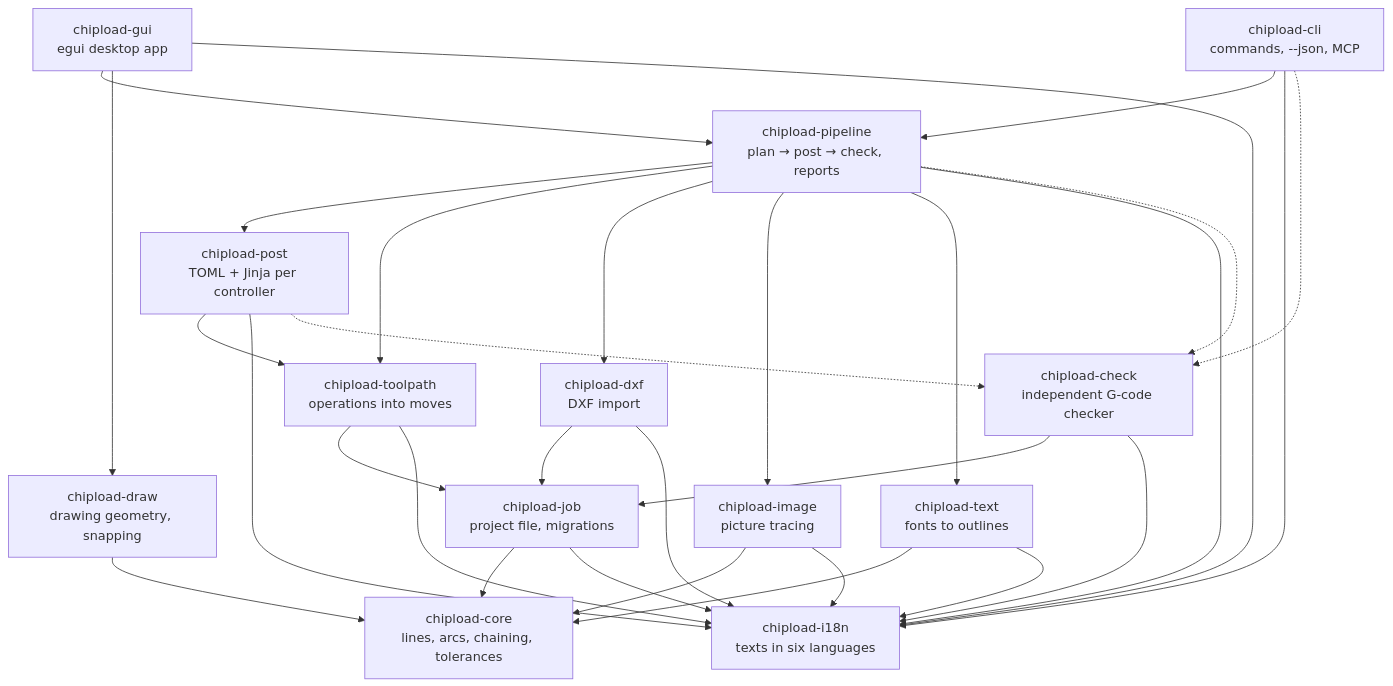
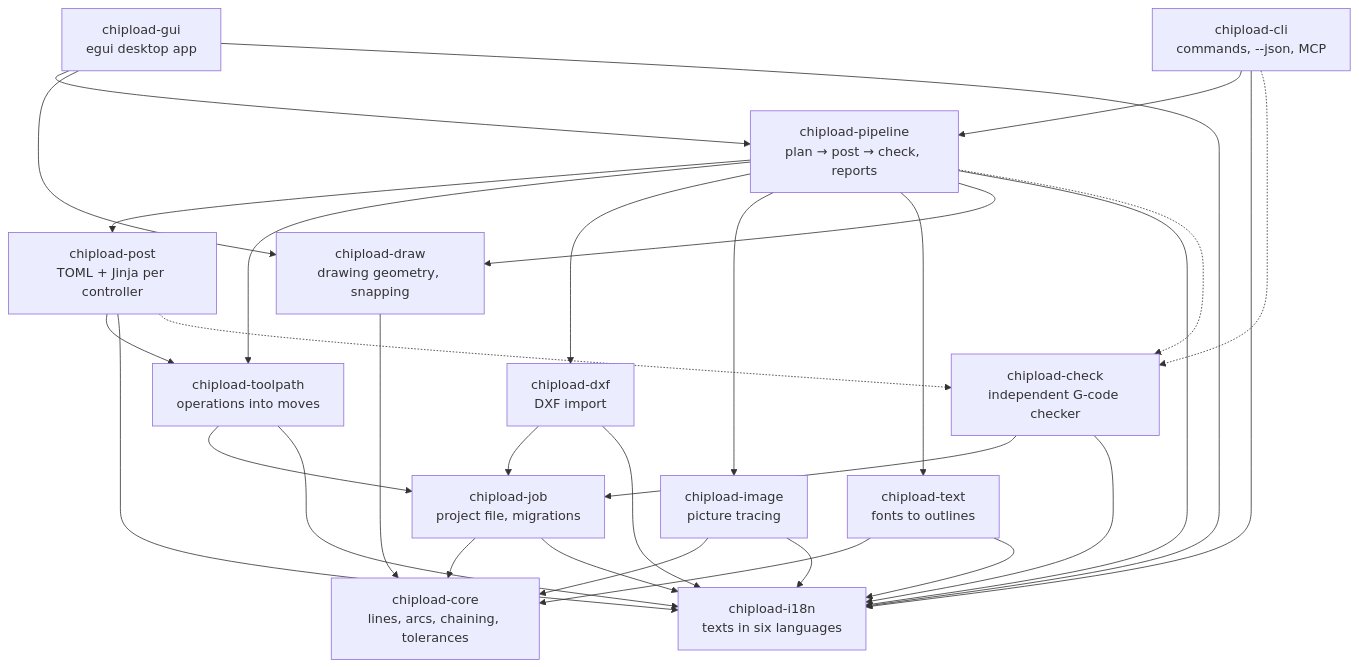
Before and after one commit to chipload/chipload: the diagram in docs/architecture.md, drawn with Mermaid. The commit also changed other lines of this file, not shown here.

Commit message:
Architecture doc: chipload-draw offsets, used by the pipeline

````diff
--- a/docs/architecture.md
+++ b/docs/architecture.md
@@ -15,32 +15,33 @@
 ```mermaid
 flowchart TB
     gui["chipload-gui<br/>egui desktop app"] --> pipeline
     cli["chipload-cli<br/>commands, --json, MCP"] --> pipeline
     pipeline["chipload-pipeline<br/>plan → post → check, reports"] --> post
     pipeline --> toolpath & dxf & image & text
     post["chipload-post<br/>TOML + Jinja per controller"] --> toolpath
     toolpath["chipload-toolpath<br/>operations into moves"] --> job
     dxf["chipload-dxf<br/>DXF import"] --> job
     image["chipload-image<br/>picture tracing"] --> core
     text["chipload-text<br/>fonts to outlines"] --> core
     draw["chipload-draw<br/>drawing geometry, snapping"] --> core
     gui --> draw
+    pipeline --> draw
     job["chipload-job<br/>project file, migrations"] --> core
     core["chipload-core<br/>lines, arcs, chaining, tolerances"]
     i18n["chipload-i18n<br/>texts in six languages"]
     gui --> i18n
     cli --> i18n
     job --> i18n
     toolpath --> i18n
     dxf --> i18n
     image --> i18n
     text --> i18n
     post --> i18n
     pipeline --> i18n
 
     check["chipload-check<br/>independent G-code checker"] --> job
     check --> i18n
     pipeline -.-> check
     post -.-> check
     cli -.-> check
 ```
````
